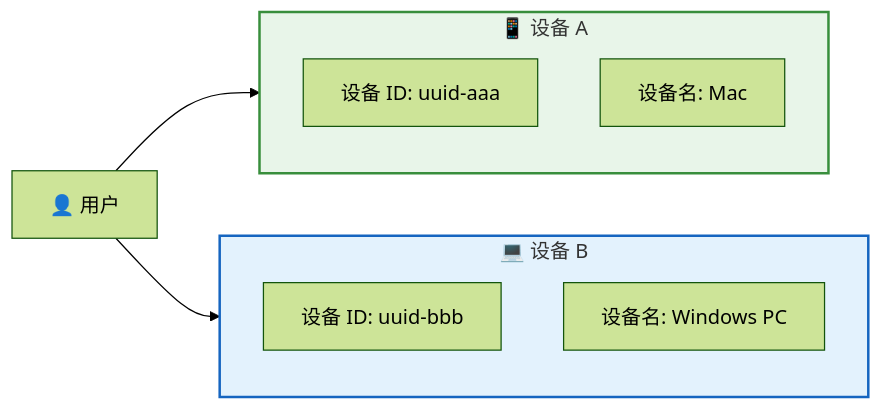
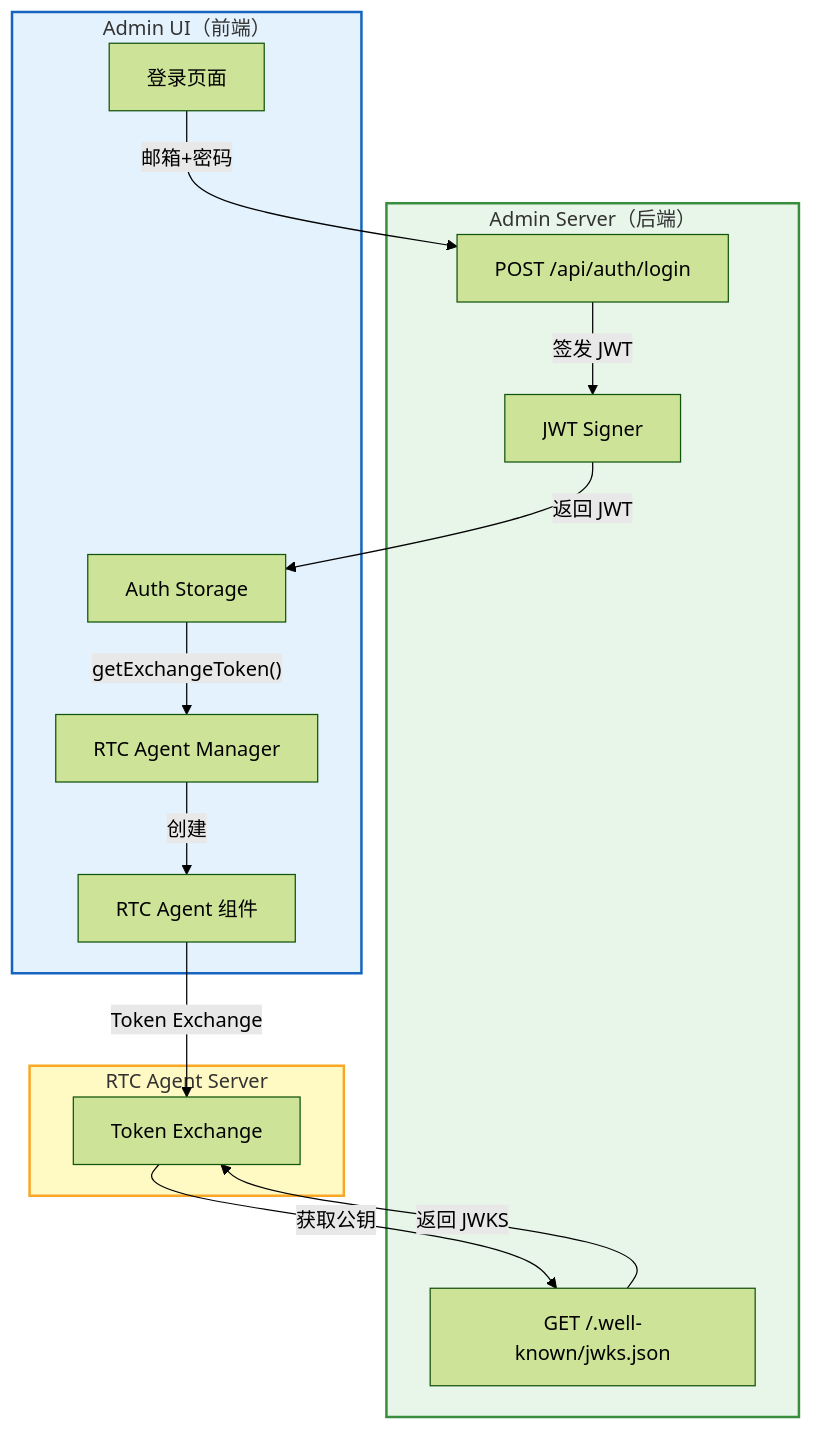
The second of 2 diagrams in src/content/docs/integration/auth.md (rtc-agent/docs), drawn with Mermaid (forest theme) before and after one commit. The commit also changed other lines of this file and 7 other files, not shown here.

First line of the commit message:
docs(auth): promote Token Exchange as primary integration approach

````diff
--- a/src/content/docs/integration/auth.md
+++ b/src/content/docs/integration/auth.md
@@ -155,20 +738,32 @@
 ```mermaid
-flowchart LR
-    subgraph DEVICE1["📱 设备 A"]
-        direction TB
-        DA["设备 ID: uuid-aaa"]
-        DB["设备名: Mac"]
+flowchart TB
+    subgraph AdminUI["Admin UI（前端）"]
+        Login["登录页面"]
+        AuthStore["Auth Storage"]
+        RTCManager["RTC Agent Manager"]
+        RTCComponent["RTC Agent 组件"]
     end
-
-    subgraph DEVICE2["💻 设备 B"]
-        direction TB
-        DC["设备 ID: uuid-bbb"]
-        DD["设备名: Windows PC"]
+    
+    subgraph AdminServer["Admin Server（后端）"]
+        LoginAPI["POST /api/auth/login"]
+        JWSEndpoint["GET /.well-known/jwks.json"]
+        JWTSigner["JWT Signer"]
     end
-
-    USER["👤 用户"] --> DEVICE1
-    USER --> DEVICE2
-
-    style DEVICE1 fill:#e8f5e9,stroke:#388e3c,stroke-width:2px
-    style DEVICE2 fill:#e3f2fd,stroke:#1565c0,stroke-width:2px
+    
+    subgraph RTCServer["RTC Agent Server"]
+        TokenExchange["Token Exchange"]
+    end
+    
+    Login -->|"邮箱+密码"| LoginAPI
+    LoginAPI -->|"签发 JWT"| JWTSigner
+    JWTSigner -->|"返回 JWT"| AuthStore
+    AuthStore -->|"getExchangeToken()"| RTCManager
+    RTCManager -->|"创建"| RTCComponent
+    RTCComponent -->|"Token Exchange"| TokenExchange
+    TokenExchange -->|"获取公钥"| JWSEndpoint
+    JWSEndpoint -->|"返回 JWKS"| TokenExchange
+    
+    style AdminUI fill:#e3f2fd,stroke:#1565c0,stroke-width:2px
+    style AdminServer fill:#e8f5e9,stroke:#388e3c,stroke-width:2px
+    style RTCServer fill:#fff9c4,stroke:#f9a825,stroke-width:2px
 ```
````
